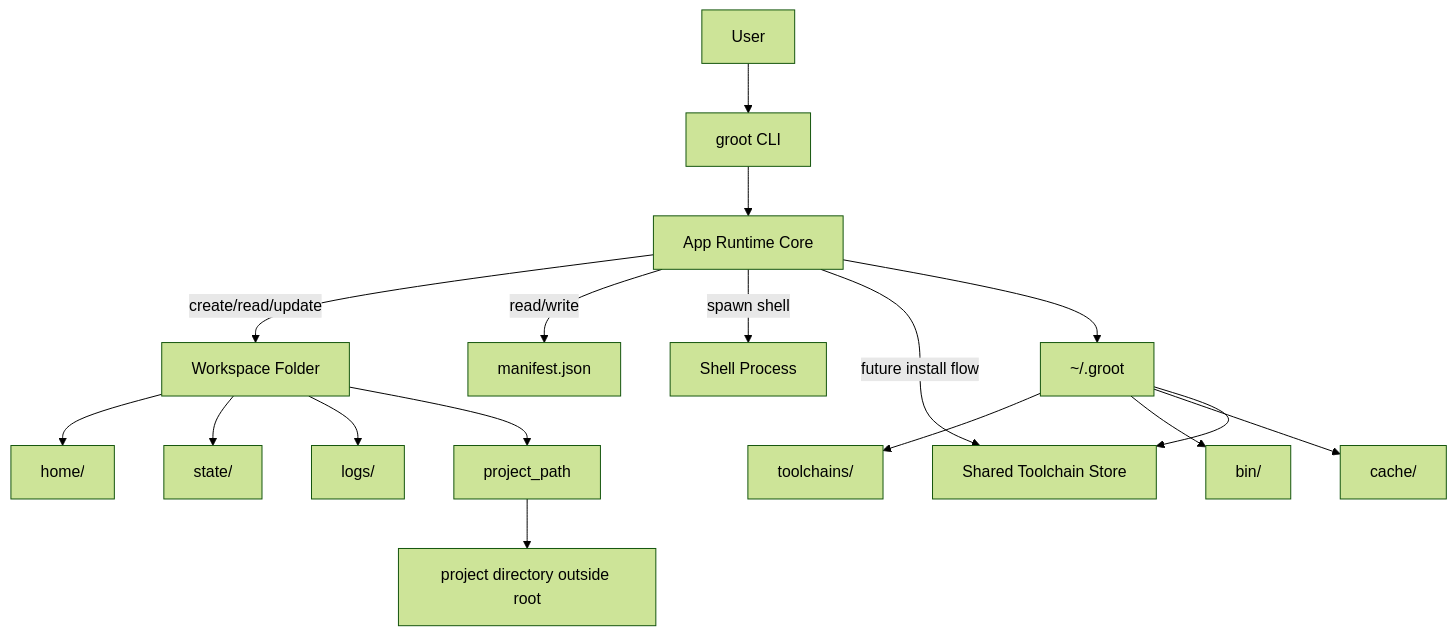
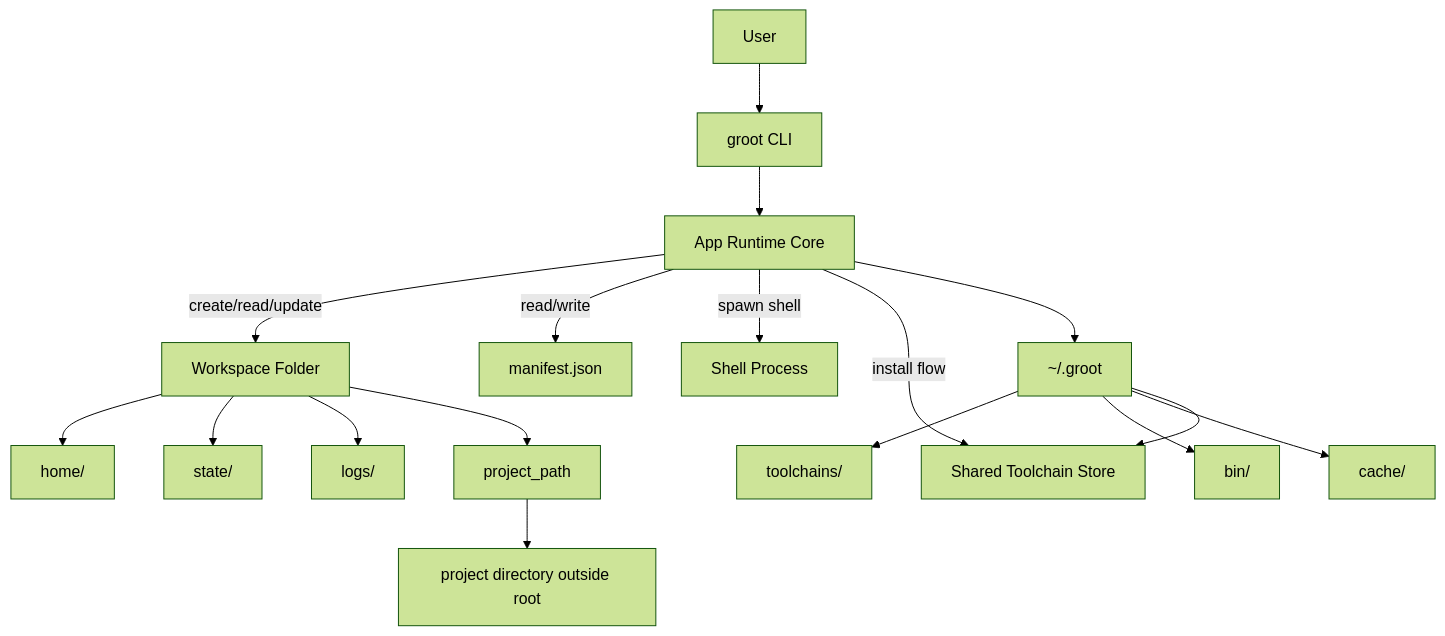
Before and after one commit to Totoual/groot: the diagram in Readme.md, drawn with Mermaid (forest theme). The commit also changed other lines of this file, not shown here.

````diff
--- a/Readme.md
+++ b/Readme.md
@@ -155,22 +155,22 @@
 ```mermaid
 flowchart TD
     U[User] --> CLI[groot CLI]
     CLI --> APP[App Runtime Core]
 
     APP -->|create/read/update| WS[Workspace Folder]
     APP -->|read/write| MANIFEST[manifest.json]
     APP -->|spawn shell| SH[Shell Process]
-    APP -->|future install flow| STORE[Shared Toolchain Store]
+    APP -->|install flow| STORE[Shared Toolchain Store]
 
     WS --> HOME[home/]
     WS --> STATE[state/]
     WS --> LOGS[logs/]
     WS --> MANIFESTLOCAL[project_path]
 
     APP --> ROOT[~/.groot]
     ROOT --> TOOLCHAINS[toolchains/]
     ROOT --> BIN[bin/]
     ROOT --> CACHE[cache/]
     ROOT --> STORE
     MANIFESTLOCAL --> PROJECT[project directory outside root]
 ```
````
